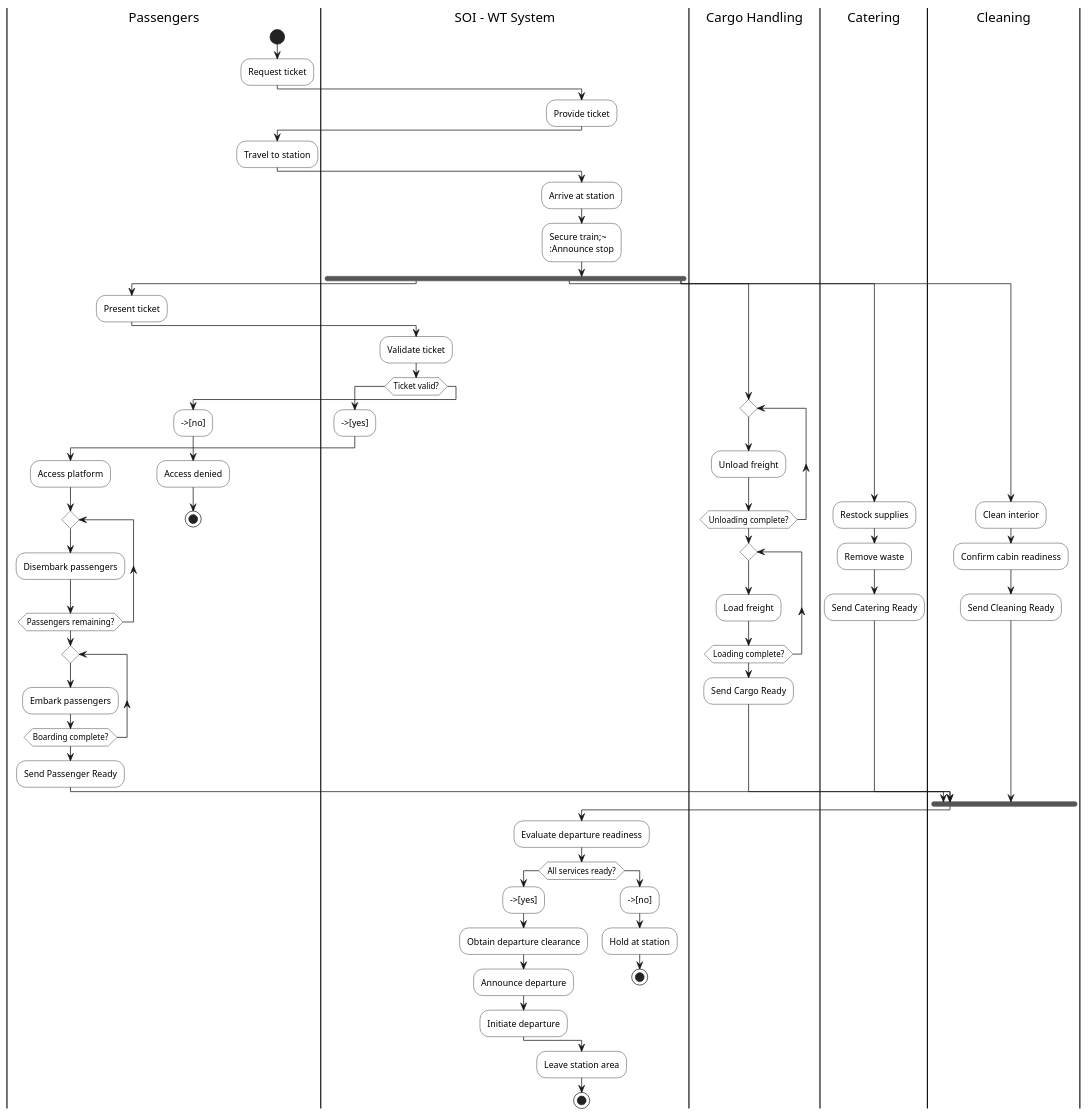
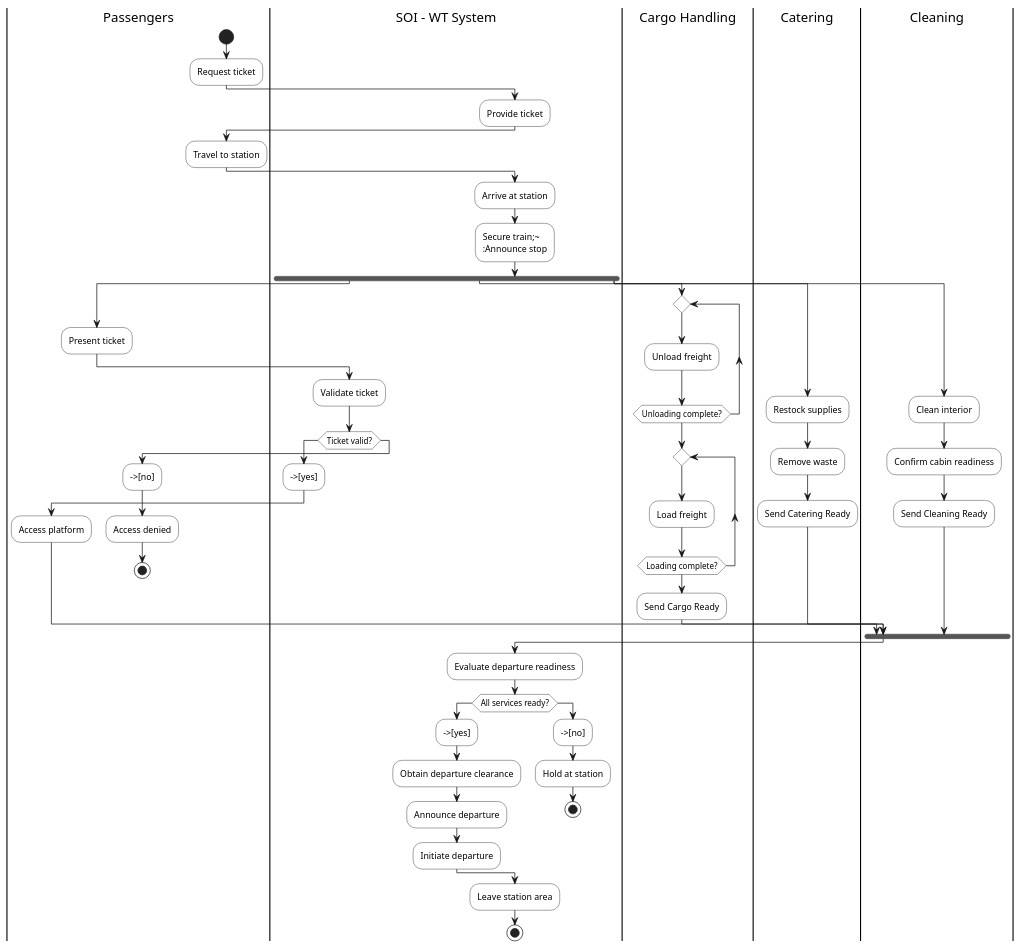
Before and after one commit to nachimageshnachi/Requirements-Engineering: the diagram in Operational Analysis/Scenario1.puml, drawn with PlantUML.

Commit message:
V1.1 System Specifications

```diff
--- a/Operational Analysis/Scenario1.puml
+++ b/Operational Analysis/Scenario1.puml
@@ -1,88 +1,81 @@
 @startuml
 skinparam monochrome true
 skinparam packageStyle rectangle
 skinparam activity {
   BackgroundColor White
   BorderColor Black
 }
 
 |Passengers|
 start
 :Request ticket;
 
 |SOI – WT System|
 :Provide ticket;
 
 |Passengers|
 :Travel to station;
 
 |SOI – WT System|
 :Arrive at station;
 :Secure train;~
 :Announce stop;
 
 fork
   |Passengers|
   :Present ticket;
 
   |SOI – WT System|
   :Validate ticket;
 
   if (Ticket valid?) then
     -->[yes]
     |Passengers|
     :Access platform;
-    repeat
-      :Disembark passengers;
-    repeat while (Passengers remaining?)
-    repeat
-      :Embark passengers;
-    repeat while (Boarding complete?)
-    :Send Passenger Ready;
   else
     -->[no]
     |Passengers|
     :Access denied;
     stop
   endif
 
 fork again
   |Cargo Handling|
   repeat
     :Unload freight;
   repeat while (Unloading complete?)
   repeat
     :Load freight;
   repeat while (Loading complete?)
   :Send Cargo Ready;
 
 fork again
   |Catering|
   :Restock supplies;
   :Remove waste;
   :Send Catering Ready;
 
 fork again
   |Cleaning|
   :Clean interior;
   :Confirm cabin readiness;
   :Send Cleaning Ready;
 end fork
 
 |SOI – WT System|
 :Evaluate departure readiness;
 
 if (All services ready?) then
   -->[yes]
   :Obtain departure clearance;
   :Announce departure;
   :Initiate departure;
 else
   -->[no]
   :Hold at station;
   stop
 endif
 
 :Leave station area;
 stop
 @enduml
```
